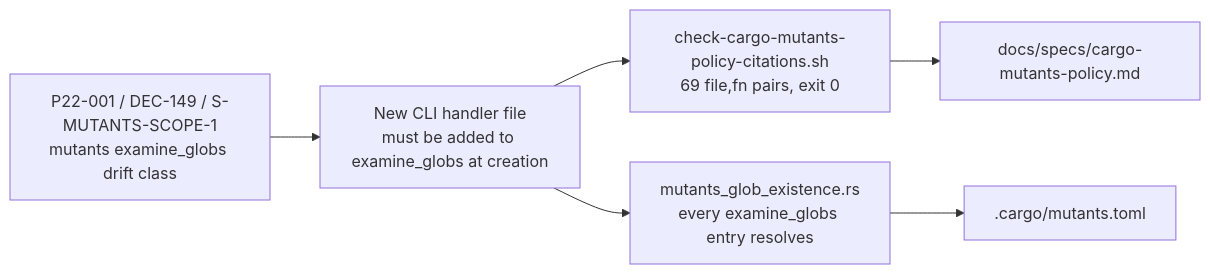
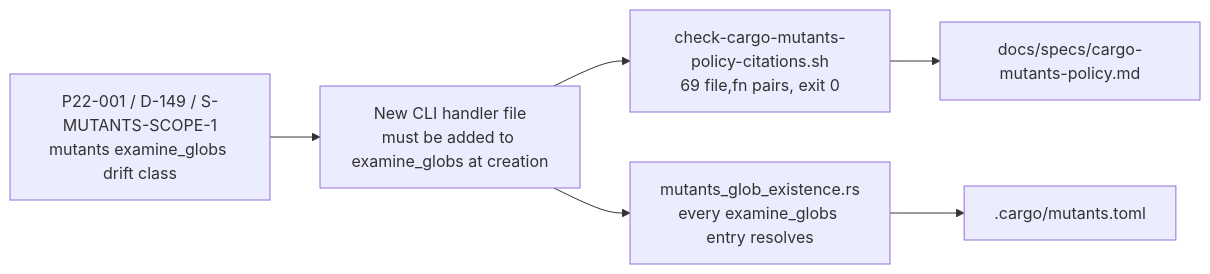
One commit to ArcavenAE/jira-cli changed the third of 4 diagrams in code-delivery/FIX-F6-001/pr-description.md. Above: the diagram before and after it, drawn with Mermaid. The commit also changed other lines of this file and 531 other files, not shown here.

````diff
--- a/code-delivery/FIX-F6-001/pr-description.md
+++ b/code-delivery/FIX-F6-001/pr-description.md
@@ -56,8 +56,8 @@
 ```mermaid
 flowchart LR
-    BC[P22-001 / DEC-149 / S-MUTANTS-SCOPE-1<br/>mutants examine_globs drift class] --> AC1[New CLI handler file<br/>must be added to examine_globs at creation]
+    BC[P22-001 / D-149 / S-MUTANTS-SCOPE-1<br/>mutants examine_globs drift class] --> AC1[New CLI handler file<br/>must be added to examine_globs at creation]
     AC1 --> T1[check-cargo-mutants-policy-citations.sh<br/>69 file,fn pairs, exit 0]
     AC1 --> T2[mutants_glob_existence.rs<br/>every examine_globs entry resolves]
     T1 --> S1["docs/specs/cargo-mutants-policy.md"]
     T2 --> S2[".cargo/mutants.toml"]
 ```
````
